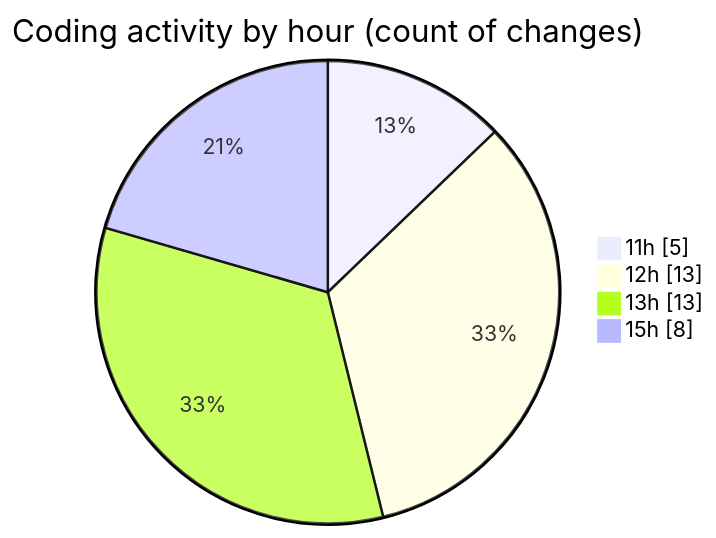
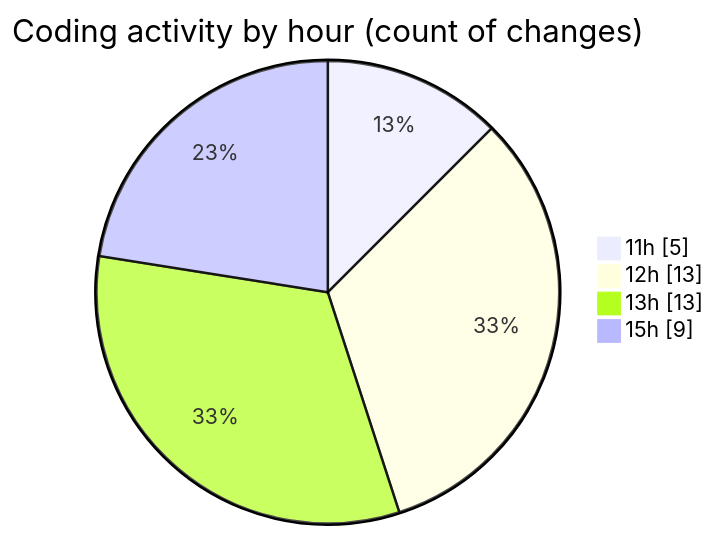
The second of 2 diagrams in 2025-08-06/nxtqube_webapp/README.md (nxtqubesakshisongat/code-tracking), drawn with Mermaid before and after one commit. The commit also changed other lines of this file and 1 other file, not shown here.

````diff
--- a/2025-08-06/nxtqube_webapp/README.md
+++ b/2025-08-06/nxtqube_webapp/README.md
@@ -39,8 +39,8 @@
 ```mermaid
 pie showData
 title Coding activity by hour (count of changes)
 "11h" : 5
 "12h" : 13
 "13h" : 13
-"15h" : 8
+"15h" : 9
 ```
````
